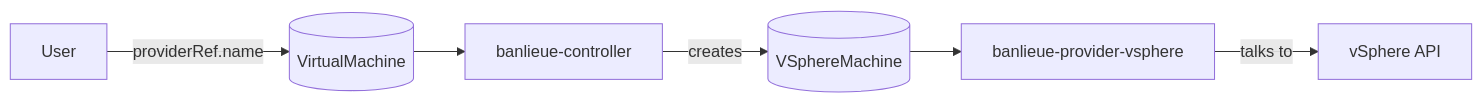
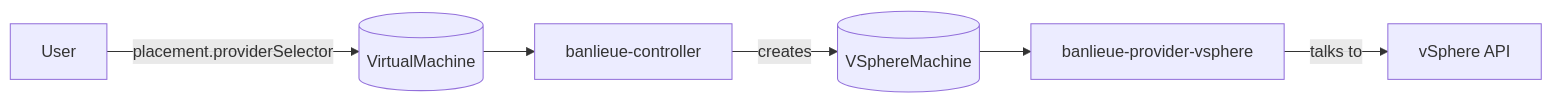
Before and after one commit to firestoned/banlieue: the diagram in docs/src/concepts/providers.md, drawn with Mermaid. The commit also changed other lines of this file and 38 other files, not shown here.

Commit message:
Add support for VirtualMachine.spec.userData (#22)

````diff
--- a/docs/src/concepts/providers.md
+++ b/docs/src/concepts/providers.md
@@ -25,8 +25,8 @@
 ```mermaid
 flowchart LR
-    user[User] -->|providerRef.name| vm[(VirtualMachine)]
+    user[User] -->|placement.providerSelector| vm[(VirtualMachine)]
     vm --> mc[banlieue-controller]
     mc -->|creates| infra[(VSphereMachine)]
     infra --> pv[banlieue-provider-vsphere]
     pv -->|talks to| backend[vSphere API]
 ```
````
